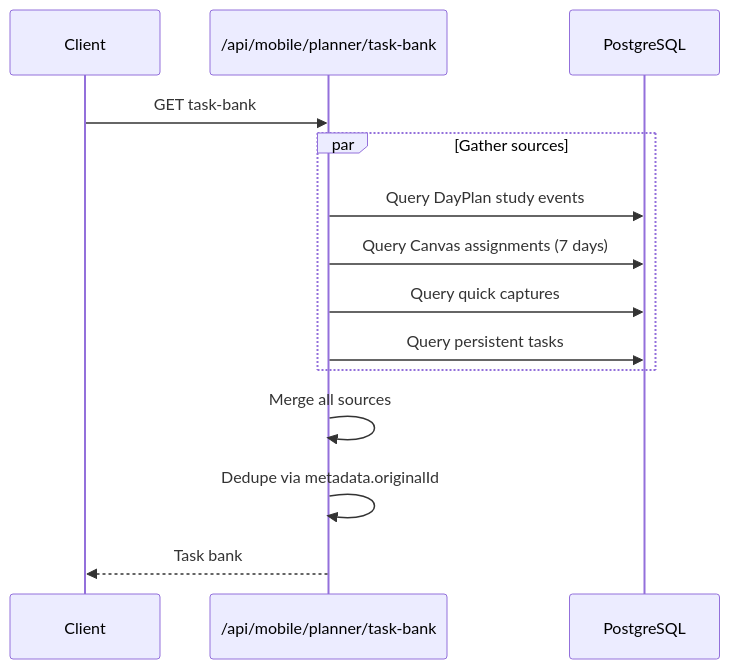
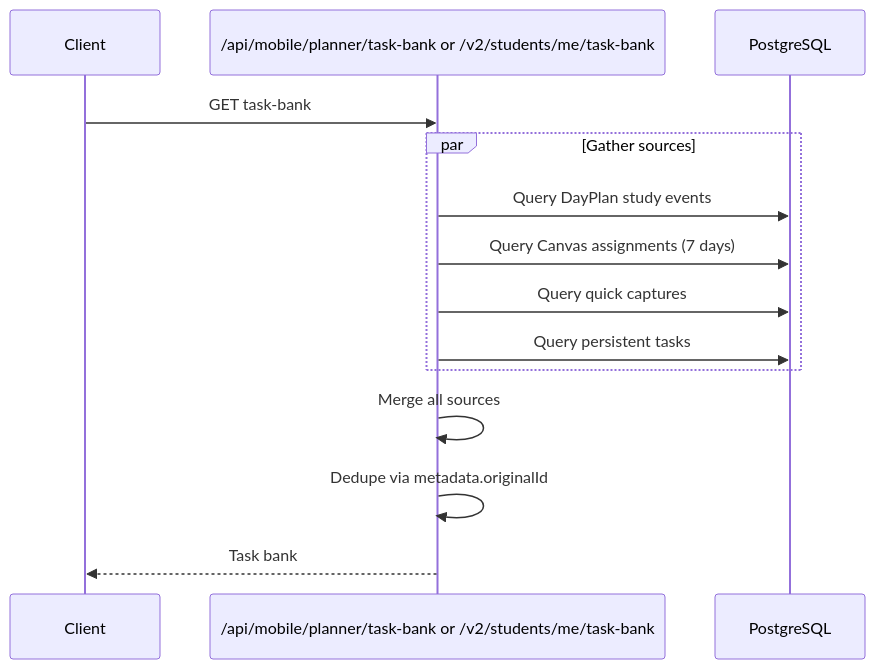
One commit to DormWay/mintlify-docs changed the fourth of 8 diagrams in docs/engineering/architecture/sot-tasks-assignments-planner-blocks.mdx. Above: the diagram before and after it, drawn with Mermaid. The commit also changed other lines of this file and 38 other files, not shown here.

````diff
--- a/docs/engineering/architecture/sot-tasks-assignments-planner-blocks.mdx
+++ b/docs/engineering/architecture/sot-tasks-assignments-planner-blocks.mdx
@@ -91,17 +93,17 @@
 ```mermaid
 sequenceDiagram
     participant Client
-    participant API as /api/mobile/planner/task-bank
+    participant API as /api/mobile/planner/task-bank or /v2/students/me/task-bank
     participant DB as PostgreSQL
 
     Client->>API: GET task-bank
     par Gather sources
         API->>DB: Query DayPlan study events
         API->>DB: Query Canvas assignments (7 days)
         API->>DB: Query quick captures
         API->>DB: Query persistent tasks
     end
     API->>API: Merge all sources
     API->>API: Dedupe via metadata.originalId
     API-->>Client: Task bank
 ```
````
